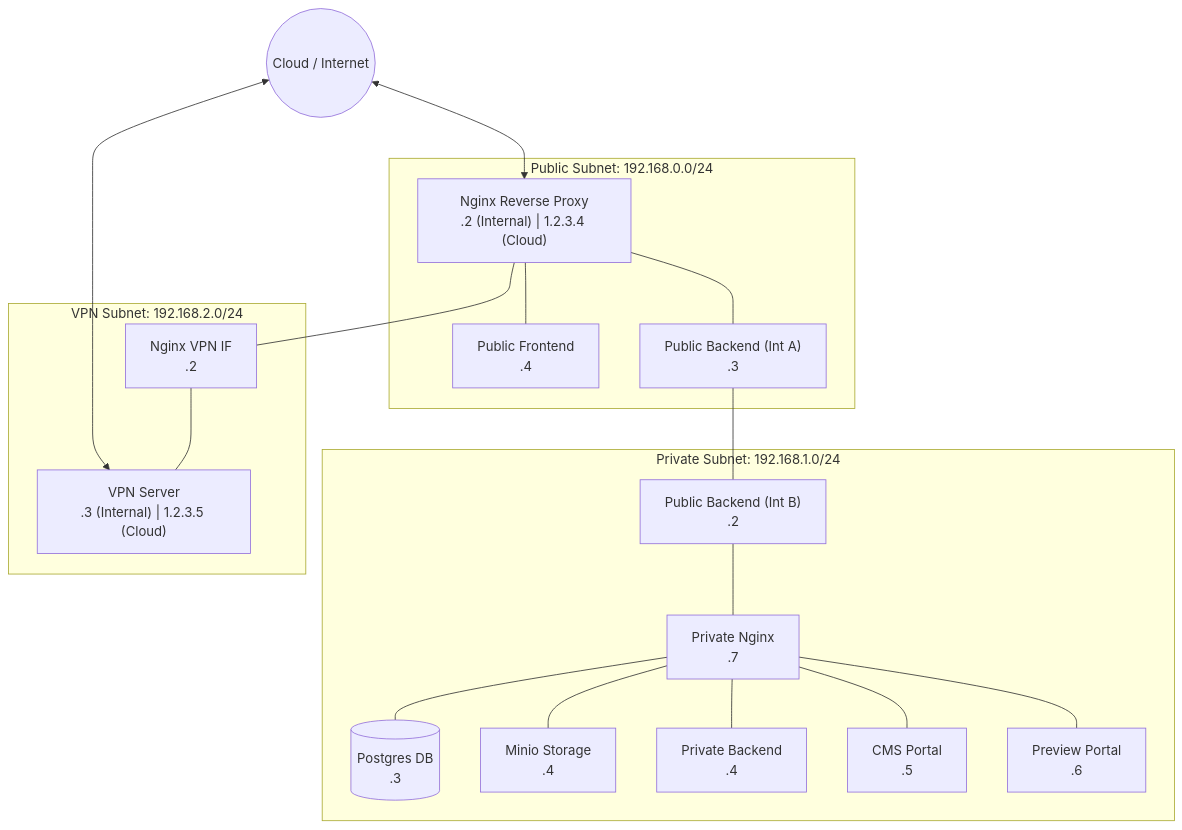
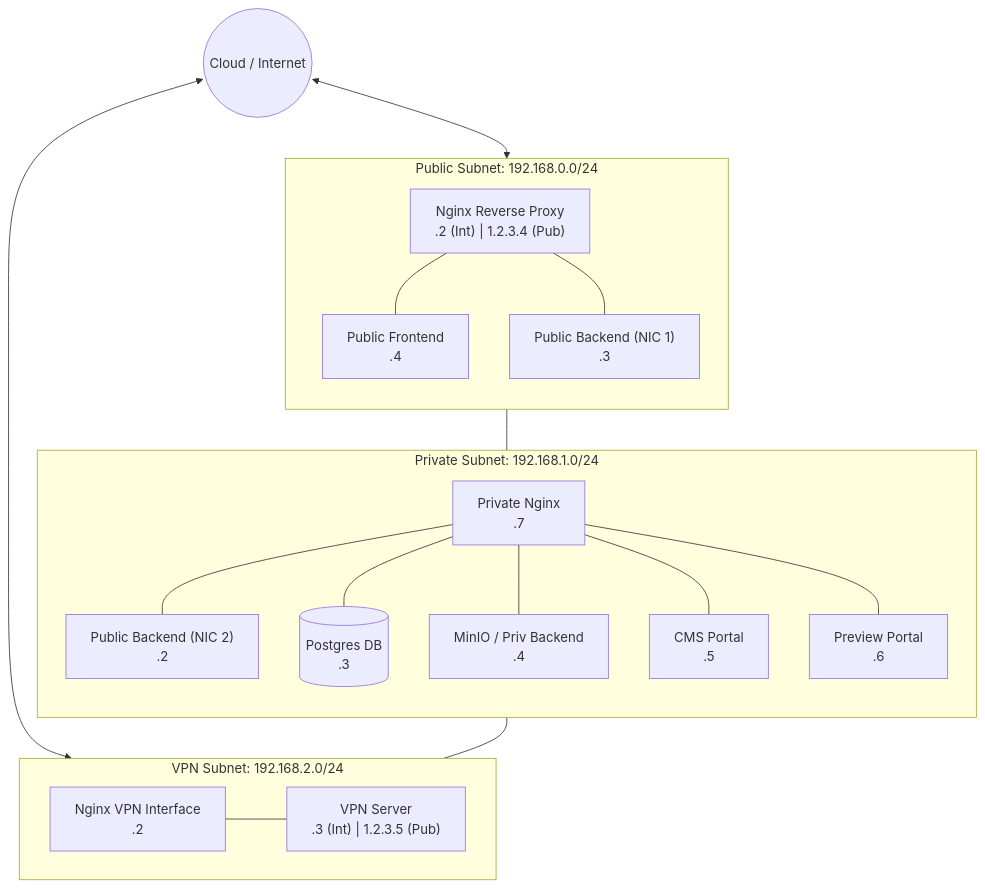
The diagram in README.md (mintesnotAfework/GRPC), drawn with Mermaid before and after one commit.

````diff
--- a/README.md
+++ b/README.md
@@ -1,52 +1,53 @@
 ```mermaid
 graph TD
-    %% Internet Representation
+    %% Internet/Cloud
     Cloud((Cloud / Internet))
 
-    %% 192.168.0.0/24 - PUBLIC FACING SUBNET
+    %% 192.168.0.0/24 - PUBLIC ENTRY
     subgraph Subnet_0 [Public Subnet: 192.168.0.0/24]
-        Nginx_Pub["Nginx Reverse Proxy<br/>.2 (Internal) | 1.2.3.4 (Cloud)"]
+        direction TB
+        Nginx_Pub["Nginx Reverse Proxy<br/>.2 (Int) | 1.2.3.4 (Pub)"]
         Frontend_Pub["Public Frontend<br/>.4"]
-        Backend_Pub_A["Public Backend (Int A)<br/>.3"]
+        Backend_Pub_A["Public Backend (NIC 1)<br/>.3"]
     end
 
-    %% 192.168.1.0/24 - PRIVATE BACKEND SUBNET
+    %% 192.168.1.0/24 - PRIVATE RESOURCES
     subgraph Subnet_1 [Private Subnet: 192.168.1.0/24]
-        Backend_Pub_B["Public Backend (Int B)<br/>.2"]
+        direction TB
+        Backend_Pub_B["Public Backend (NIC 2)<br/>.2"]
         Nginx_Priv["Private Nginx<br/>.7"]
         Postgres[("Postgres DB<br/>.3")]
-        Minio["Minio Storage<br/>.4"]
-        Backend_Priv["Private Backend<br/>.4"]
+        Minio["MinIO / Priv Backend<br/>.4"]
         CMS["CMS Portal<br/>.5"]
         Preview["Preview Portal<br/>.6"]
     end
 
-    %% 192.168.2.0/24 - VPN SUBNET
+    %% 192.168.2.0/24 - VPN & MANAGEMENT
     subgraph Subnet_2 [VPN Subnet: 192.168.2.0/24]
-        Nginx_VPN["Nginx VPN IF<br/>.2"]
-        VPN_Srv["VPN Server<br/>.3 (Internal) | 1.2.3.5 (Cloud)"]
+        direction LR
+        Nginx_VPN_IF["Nginx VPN Interface<br/>.2"]
+        VPN_Srv["VPN Server<br/>.3 (Int) | 1.2.3.5 (Pub)"]
     end
 
-    %% Cloud Connections
+    %% External Connections
     Cloud <--> Nginx_Pub
     Cloud <--> VPN_Srv
 
-    %% Subnet 0 Internal Connections
+    %% Subnet 0 Internal
     Nginx_Pub --- Frontend_Pub
     Nginx_Pub --- Backend_Pub_A
 
-    %% Bridge between Subnet 0 and Subnet 1 via Public Backend
+    %% Bridge: Subnet 0 to Subnet 1
     Backend_Pub_A --- Backend_Pub_B
 
-    %% Subnet 1 Internal Connections
-    Backend_Pub_B --- Nginx_Priv
+    %% Subnet 1 Internal (Private Nginx as the Hub)
+    Nginx_Priv --- Backend_Pub_B
     Nginx_Priv --- Postgres
     Nginx_Priv --- Minio
-    Nginx_Priv --- Backend_Priv
     Nginx_Priv --- CMS
     Nginx_Priv --- Preview
 
-    %% Bridge between Subnet 0 and Subnet 2 via Nginx Proxy
-    Nginx_Pub --- Nginx_VPN
-    Nginx_VPN --- VPN_Srv
+    %% Bridge: Subnet 1 to Subnet 2 (Private Nginx connected to VPN)
+    Nginx_Priv --- Nginx_VPN_IF
+    Nginx_VPN_IF --- VPN_Srv
 ```
````
